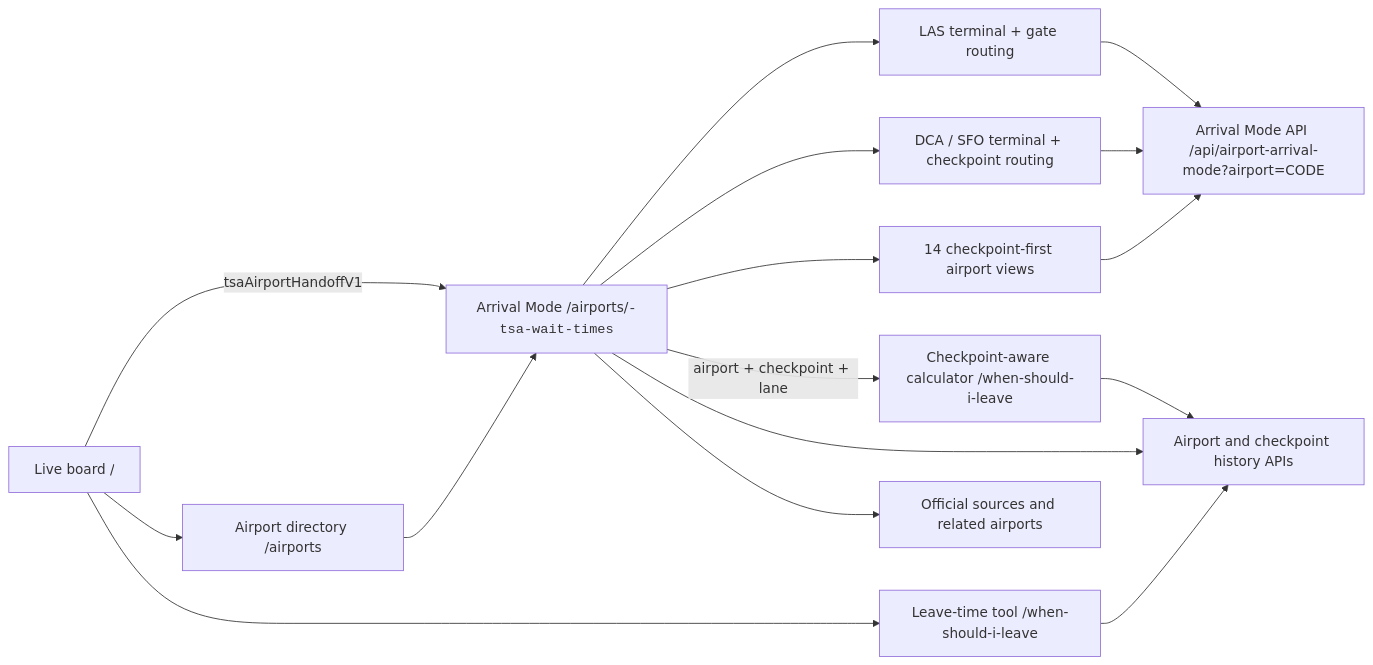
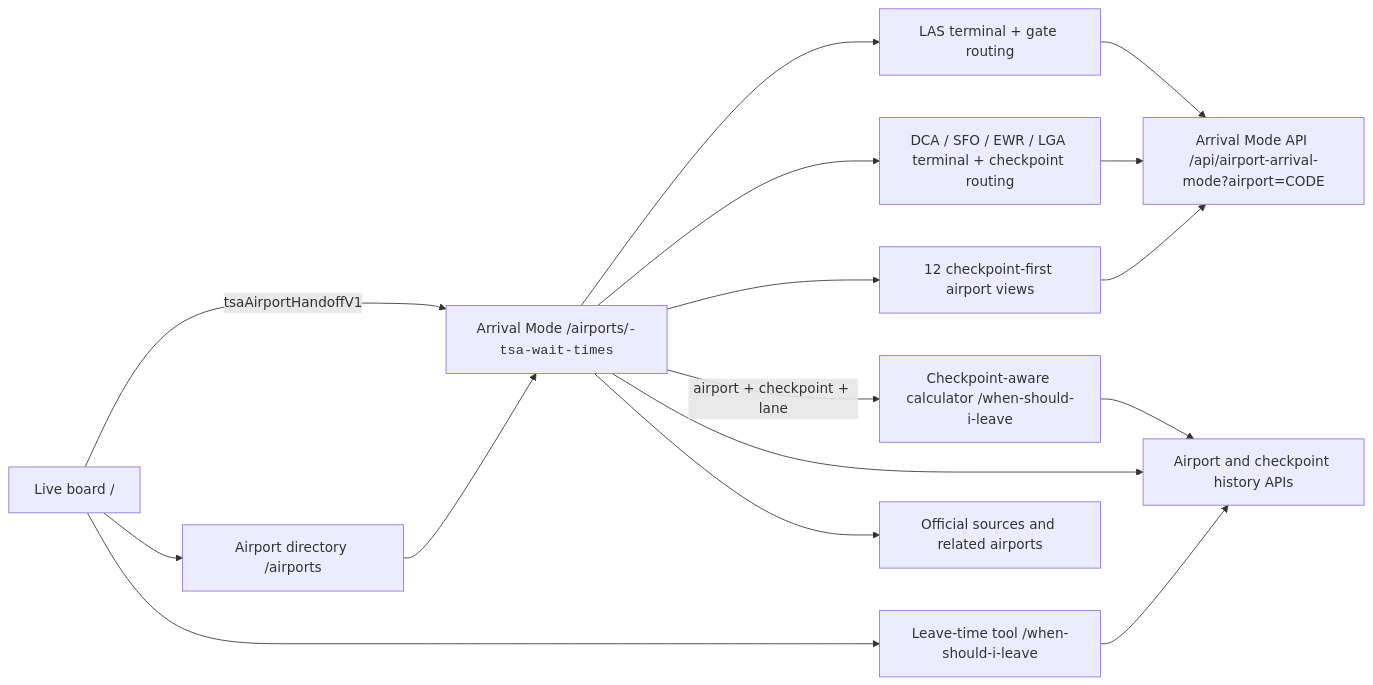
One commit to benbirkhahn/Tsatracker.com changed the diagram in docs/wayfinding-atlas-redesign.md. Above: the diagram before and after it, drawn with Mermaid. The commit also changed other lines of this file and 2 other files, not shown here.

Commit message:
Add EWR and LGA terminal arrival maps

````diff
--- a/docs/wayfinding-atlas-redesign.md
+++ b/docs/wayfinding-atlas-redesign.md
@@ -50,18 +50,18 @@
 ```mermaid
 flowchart LR
   Home["Live board /"] -->|"tsaAirportHandoffV1"| Arrival["Arrival Mode /airports/<code>-tsa-wait-times"]
   Home --> Directory["Airport directory /airports"]
   Home --> Calculator["Leave-time tool /when-should-i-leave"]
   Directory --> Arrival
   Arrival --> LAS["LAS terminal + gate routing"]
-  Arrival --> TerminalCheckpoint["DCA / SFO terminal + checkpoint routing"]
-  Arrival --> Generic["14 checkpoint-first airport views"]
+  Arrival --> TerminalCheckpoint["DCA / SFO / EWR / LGA terminal + checkpoint routing"]
+  Arrival --> Generic["12 checkpoint-first airport views"]
   LAS --> ArrivalAPI["Arrival Mode API /api/airport-arrival-mode?airport=CODE"]
   TerminalCheckpoint --> ArrivalAPI
   Generic --> ArrivalAPI
   Arrival -->|"airport + checkpoint + lane"| CheckpointCalculator["Checkpoint-aware calculator /when-should-i-leave"]
   CheckpointCalculator --> History["Airport and checkpoint history APIs"]
   Arrival --> History
   Calculator --> History
   Arrival --> Guides["Official sources and related airports"]
 ```
````
